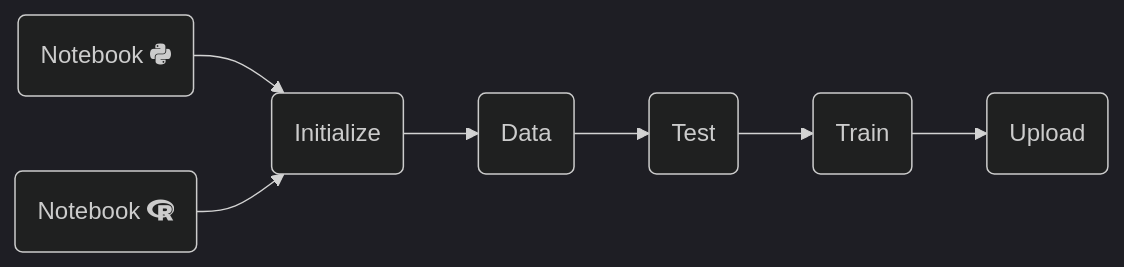
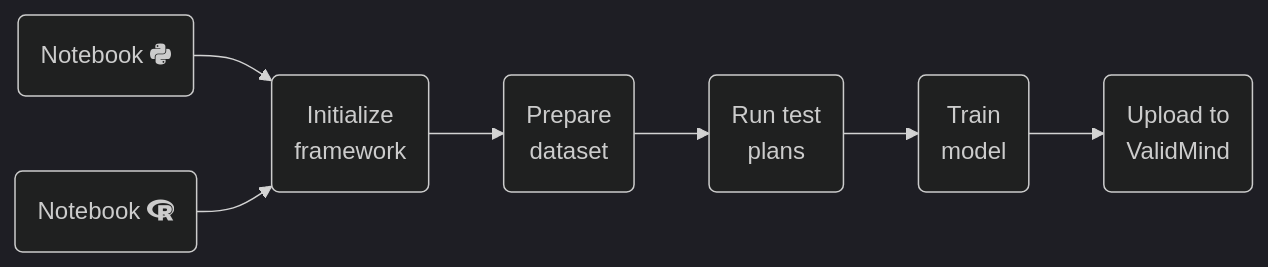
The diagram in site/guide/get-started.qmd (validmind/documentation), drawn with Mermaid (dark theme) before and after one commit. The commit also changed other lines of this file and 20 other files, not shown here.

````diff
--- a/site/guide/get-started.qmd
+++ b/site/guide/get-started.qmd
@@ -10,11 +12,12 @@
 ```{mermaid}
+%%| fig-width: 7
 flowchart LR
   A(Notebook <i class='fa-brands fa-python'></i>)
   B(Notebook <i class='fa-brands fa-r-project'></i>)
-  A --> C(Initialize)
+  A --> C(Initialize<br>framework)
   B --> C
-  C --> D(Data)
-  D --> E(Test)
-  E --> F(Train)
-  F --> G(Upload)
+  C --> D(Prepare<br>dataset)
+  D --> E(Run test<br>plans)
+  E --> F(Train<br>model)
+  F --> G(Upload to<br>ValidMind)
 ```
````
